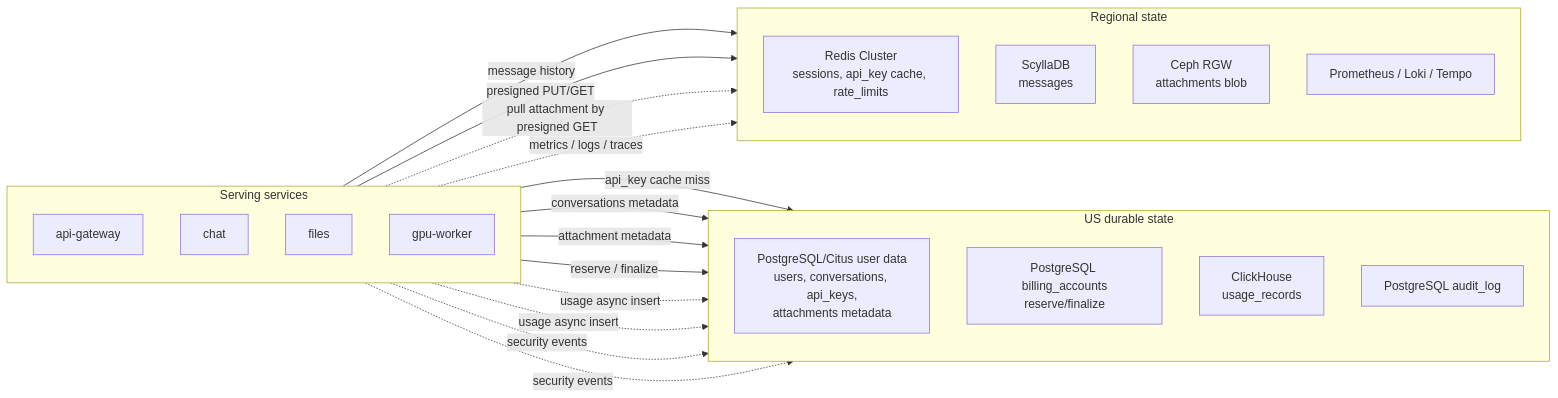
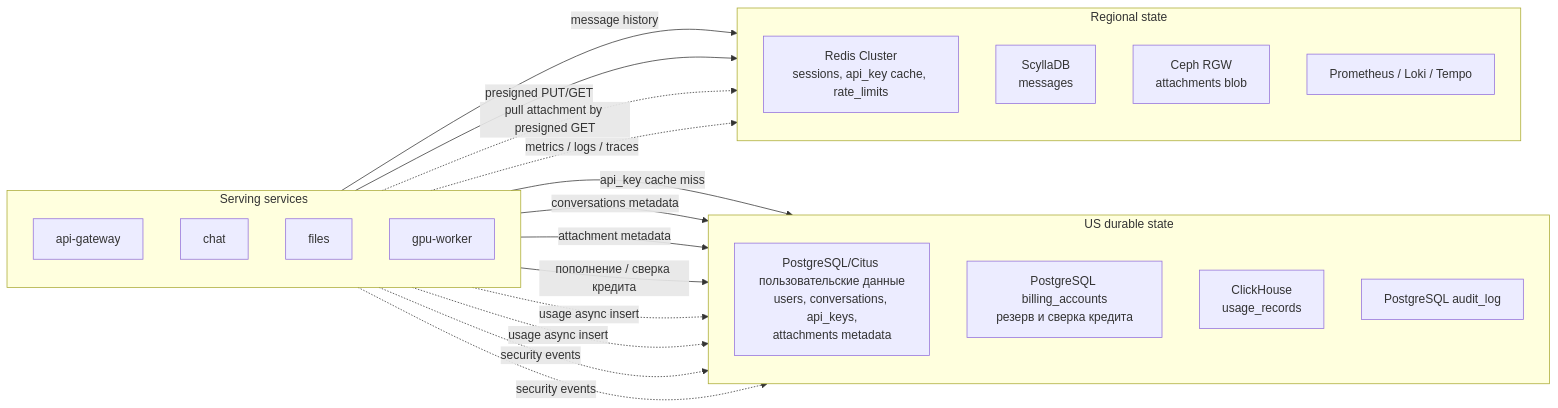
Before and after one commit to yaksase/highload_hse: the ninth of 9 diagrams in README.md, drawn with Mermaid. The commit also changed other lines of this file and 2 other files, not shown here.

````diff
--- a/README.md
+++ b/README.md
@@ -1852,41 +1853,41 @@
 ```mermaid
 flowchart LR
     subgraph Apps["Serving services"]
       direction TB
       Api["api-gateway"]
       Chat["chat"]
       Files["files"]
       GPU["gpu-worker"]
     end
 
     subgraph USState["US durable state"]
       direction TB
-      PGUser["PostgreSQL/Citus user data<br/>users, conversations, api_keys,<br/>attachments metadata"]
-      Billing["PostgreSQL billing_accounts<br/>reserve/finalize"]
+      PGUser["PostgreSQL/Citus пользовательские данные<br/>users, conversations, api_keys,<br/>attachments metadata"]
+      Billing["PostgreSQL billing_accounts<br/>резерв и сверка кредита"]
       CH["ClickHouse<br/>usage_records"]
       Audit["PostgreSQL audit_log"]
     end
 
     subgraph RegionalState["Regional state"]
       direction TB
       Redis["Redis Cluster<br/>sessions, api_key cache, rate_limits"]
       Scylla["ScyllaDB<br/>messages"]
       RGW["Ceph RGW<br/>attachments blob"]
       Obs["Prometheus / Loki / Tempo"]
     end
 
     Api -->|"api_key cache miss"| PGUser
     Chat -->|"conversations metadata"| PGUser
     Files -->|"attachment metadata"| PGUser
-    Api -->|"reserve / finalize"| Billing
+    Api -->|"пополнение / сверка кредита"| Billing
 
     Chat -->|"message history"| Scylla
     Files -->|"presigned PUT/GET"| RGW
     GPU -.->|"pull attachment by presigned GET"| RGW
 
     Api -.->|"usage async insert"| CH
     Chat -.->|"usage async insert"| CH
     Api -.->|"security events"| Audit
     Chat -.->|"security events"| Audit
     Apps -.->|"metrics / logs / traces"| Obs
 ```
````
